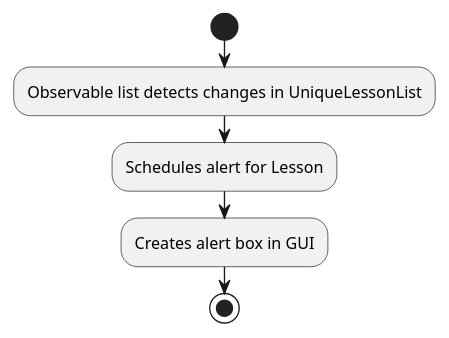
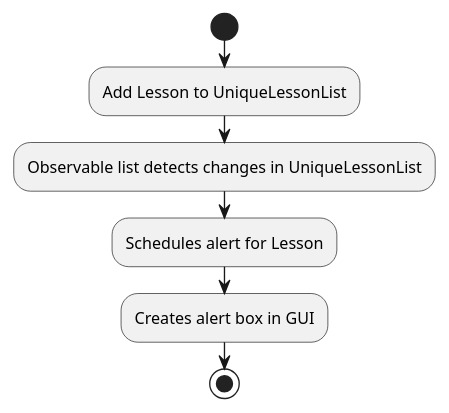
Before and after one commit to nus-cs2103-AY1920S1/addressbook-level3: the diagram in docs/diagrams/SchedulingActivityDiagram.puml, drawn with PlantUML. The commit also changed 2 other files, not shown here.

```diff
--- a/docs/diagrams/SchedulingActivityDiagram.puml
+++ b/docs/diagrams/SchedulingActivityDiagram.puml
@@ -1,7 +1,8 @@
 @startuml
 start
+:Add Lesson to UniqueLessonList;
 :Observable list detects changes in UniqueLessonList;
 :Schedules alert for Lesson;
 :Creates alert box in GUI;
 stop
 @enduml
```
